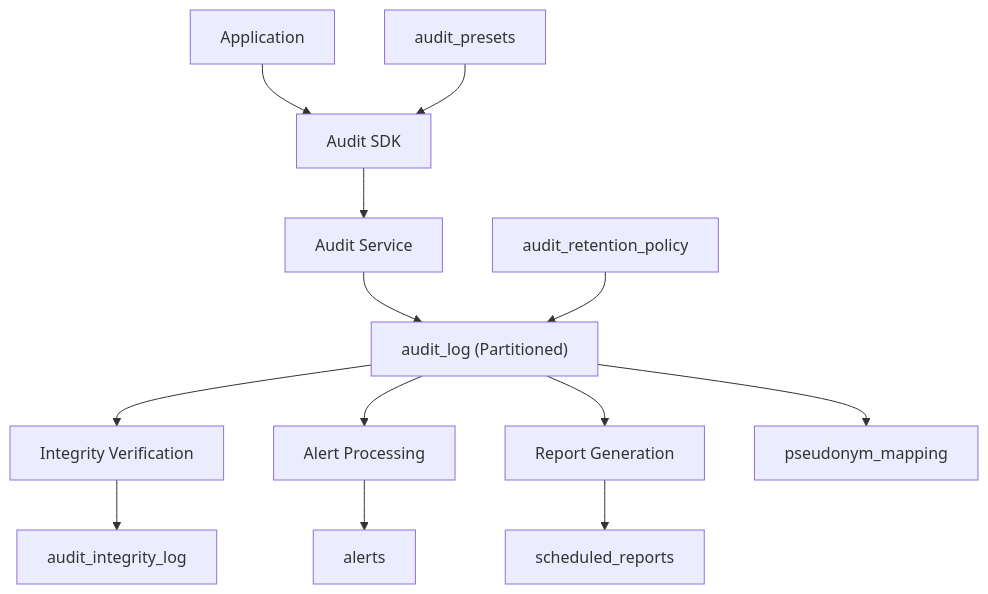
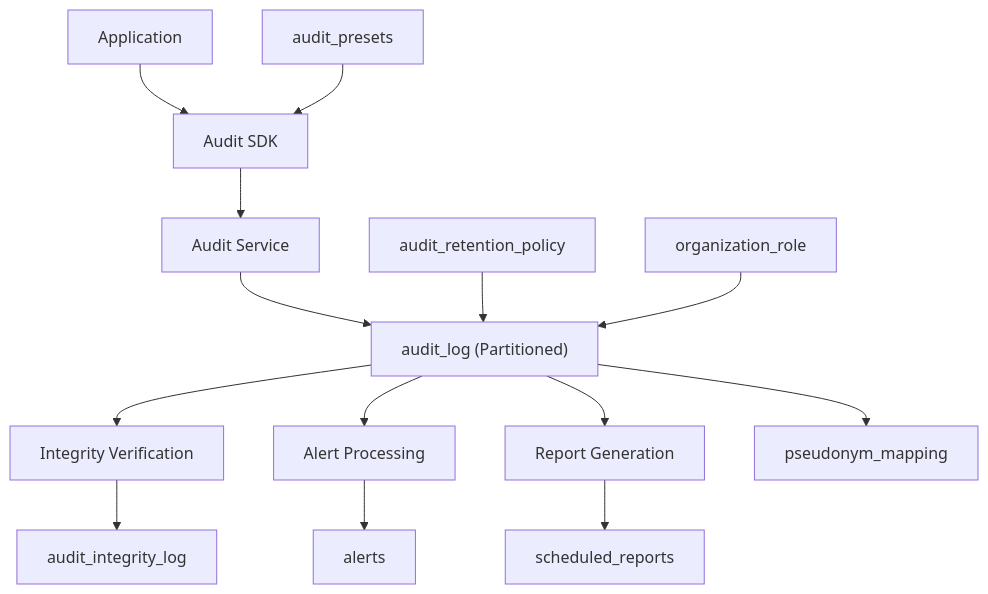
Before and after one commit to smedrec/smart-logs: the second of 7 diagrams in .qoder/repowiki/en/content/Audit Database/Database Schema.md, drawn with Mermaid. The commit also changed other lines of this file and 9 other files, not shown here.

First line of the commit message:
feat(authz): add organization role management with Redis caching and PostgreSQL persistence

````diff
--- a/.qoder/repowiki/en/content/Audit Database/Database Schema.md
+++ b/.qoder/repowiki/en/content/Audit Database/Database Schema.md
@@ -105,15 +110,16 @@
 ```mermaid
 graph TD
 A["Application"] --> B["Audit SDK"]
 B --> C["Audit Service"]
 C --> D["audit_log (Partitioned)"]
 D --> E["Integrity Verification"]
 D --> F["Alert Processing"]
 D --> G["Report Generation"]
 E --> H["audit_integrity_log"]
 F --> I["alerts"]
 G --> J["scheduled_reports"]
 K["audit_retention_policy"] --> D
 L["audit_presets"] --> B
 D --> M["pseudonym_mapping"]
+N["organization_role"] --> D
 ```
````
